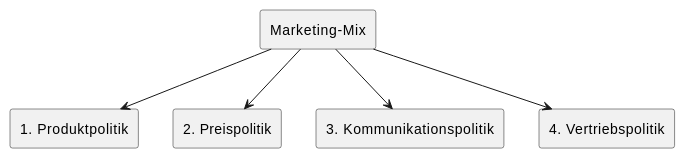
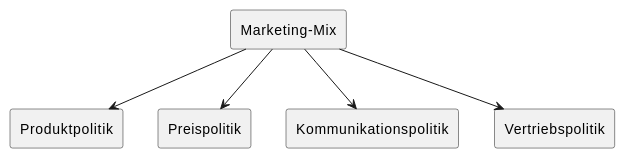
The second of 2 diagrams in docs/Schwerpunkte/Handlungsfeld 3/Marketing II - Controlling.md (BoBoBaSs84/BB84.GFK), drawn with PlantUML before and after one commit. The commit also changed other lines of this file and 5 other files, not shown here.

````diff
--- a/docs/Schwerpunkte/Handlungsfeld 3/Marketing II - Controlling.md
+++ b/docs/Schwerpunkte/Handlungsfeld 3/Marketing II - Controlling.md
@@ -266,13 +266,13 @@
 ```plantuml
 @startuml
 rectangle "Marketing-Mix" as MM
-rectangle "1. Produktpolitik" as P
-rectangle "2. Preispolitik" as PR
-rectangle "3. Kommunikationspolitik" as K
-rectangle "4. Vertriebspolitik" as V
+rectangle "Produktpolitik" as P
+rectangle "Preispolitik" as PR
+rectangle "Kommunikationspolitik" as K
+rectangle "Vertriebspolitik" as V
 MM --> P
 MM --> PR
 MM --> K
 MM --> V
 @enduml
 ```
````
